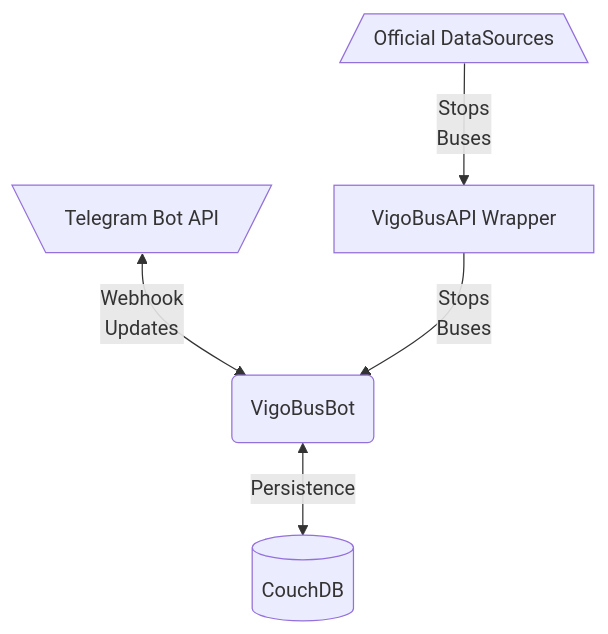
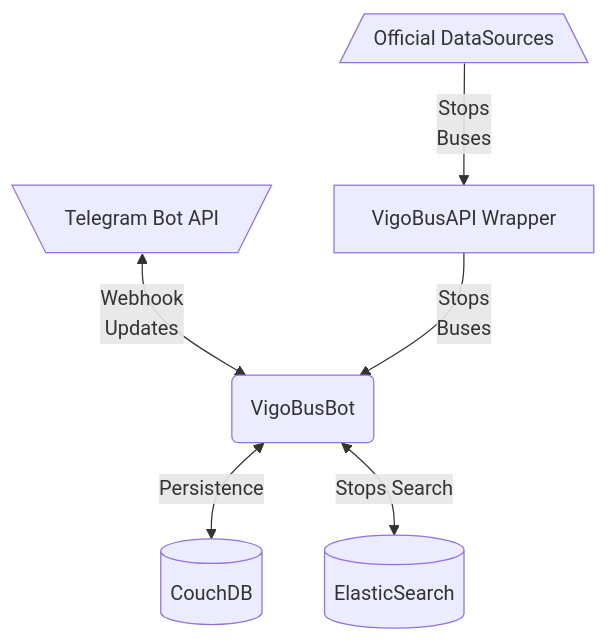
One commit to David-Lor/VigoBus-TelegramBot changed the first of 2 diagrams in README.md. Above: the diagram before and after it, drawn with Mermaid. The commit also changed other lines of this file and 13 other files, not shown here.

Commit message:
feat: stops search in ElasticSearch

````diff
--- a/README.md
+++ b/README.md
@@ -12,14 +12,16 @@
 ```mermaid
 graph TD;
 TelegramBotAPI[\Telegram Bot API/]
 VigoBusBot(VigoBusBot)
 VigoBusAPI[VigoBusAPI Wrapper]
 OfficialDataSources[/Official DataSources\]
 CouchDB[(CouchDB)]
+ElasticSearch[(ElasticSearch)]
 
 TelegramBotAPI <-- Webhook\nUpdates --> VigoBusBot
 VigoBusAPI -- Stops\nBuses --> VigoBusBot
 OfficialDataSources -- Stops\nBuses --> VigoBusAPI
 
 VigoBusBot <-- Persistence --> CouchDB
+VigoBusBot <-- Stops Search --> ElasticSearch
 ```
````
